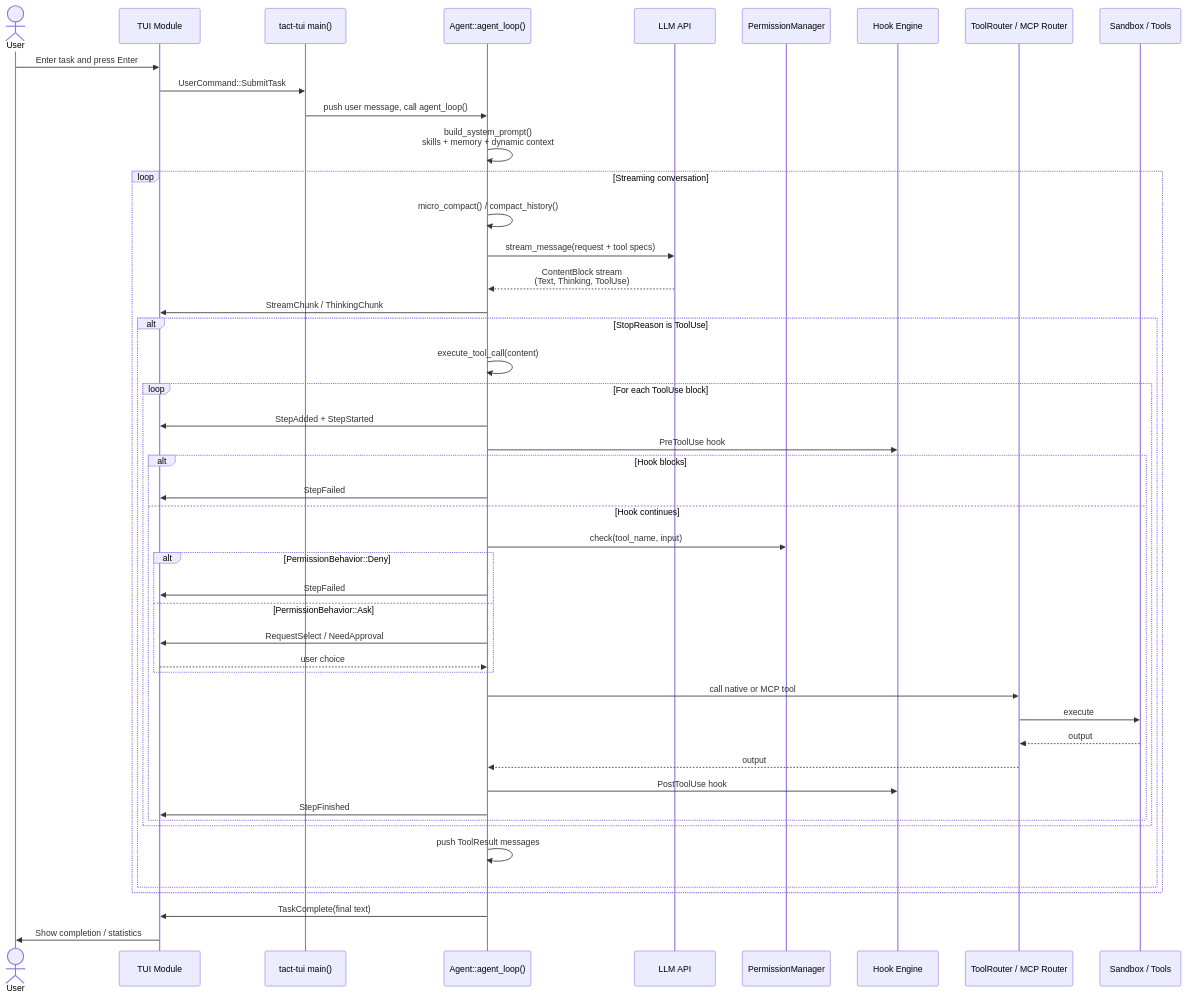
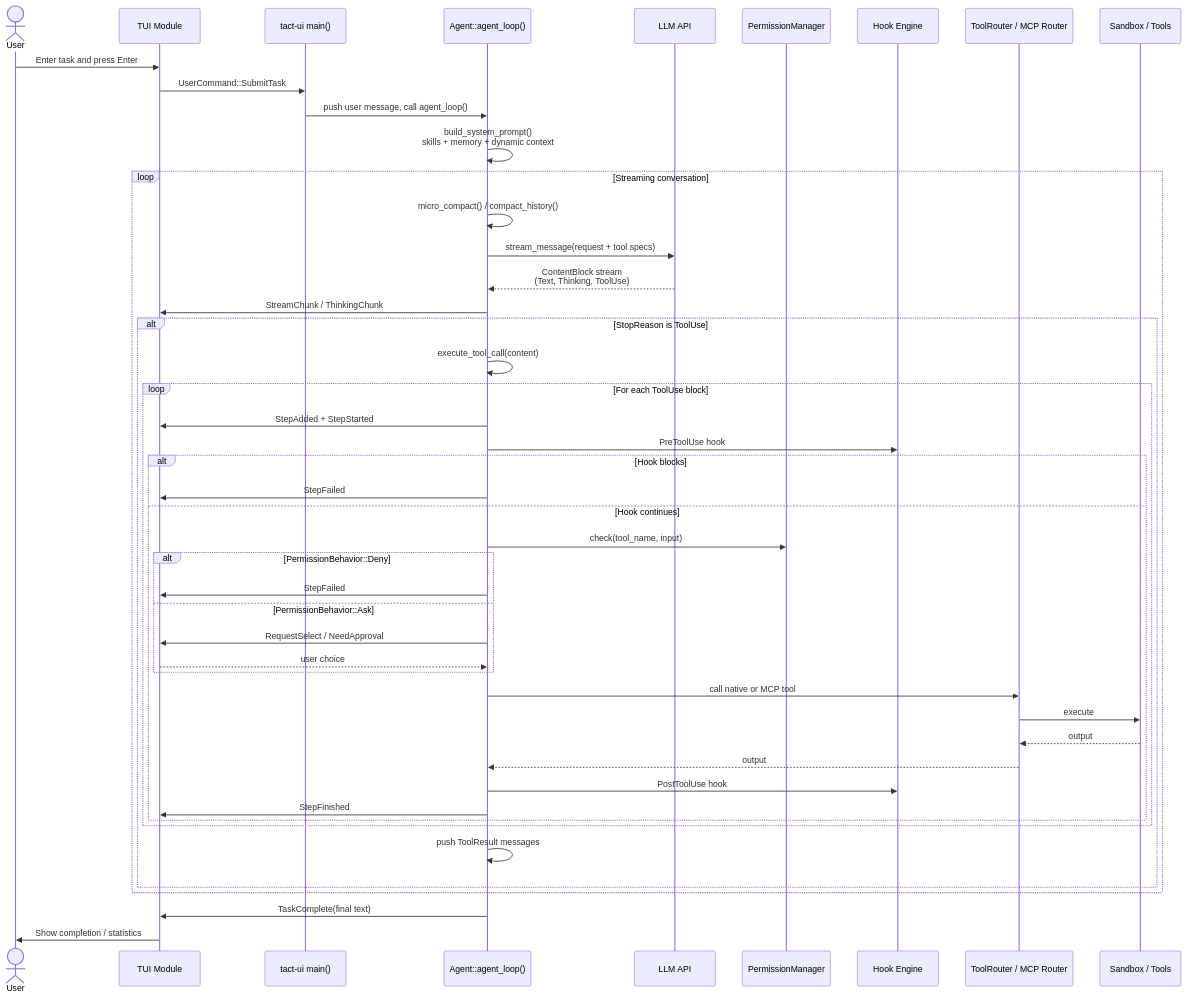
One commit to rust-infra/tact changed the third of 10 diagrams in ARCHITECTURE.md. Above: the diagram before and after it, drawn with Mermaid. The commit also changed other lines of this file and 40 other files, not shown here.

````diff
--- a/ARCHITECTURE.md
+++ b/ARCHITECTURE.md
@@ -158,53 +156,53 @@
 ```mermaid
 sequenceDiagram
     actor U as User
     participant TUI as TUI Module
-    participant Main as tact-tui main()
+    participant Main as tact-ui main()
     participant Agent as Agent::agent_loop()
     participant LLM as LLM API
     participant Perm as PermissionManager
     participant Hook as Hook Engine
     participant TR as ToolRouter / MCP Router
     participant SB as Sandbox / Tools
 
     U ->> TUI: Enter task and press Enter
     TUI ->> Main: UserCommand::SubmitTask
     Main ->> Agent: push user message, call agent_loop()
     Agent ->> Agent: build_system_prompt()<br/>skills + memory + dynamic context
 
     loop Streaming conversation
         Agent ->> Agent: micro_compact() / compact_history()
         Agent ->> LLM: stream_message(request + tool specs)
         LLM -->> Agent: ContentBlock stream<br/>(Text, Thinking, ToolUse)
         Agent ->> TUI: StreamChunk / ThinkingChunk
 
         alt StopReason is ToolUse
             Agent ->> Agent: execute_tool_call(content)
             loop For each ToolUse block
                 Agent ->> TUI: StepAdded + StepStarted
                 Agent ->> Hook: PreToolUse hook
                 alt Hook blocks
                     Agent ->> TUI: StepFailed
                 else Hook continues
                     Agent ->> Perm: check(tool_name, input)
                     alt PermissionBehavior::Deny
                         Agent ->> TUI: StepFailed
                     else PermissionBehavior::Ask
                         Agent ->> TUI: RequestSelect / NeedApproval
                         TUI -->> Agent: user choice
                     end
                     Agent ->> TR: call native or MCP tool
                     TR ->> SB: execute
                     SB -->> TR: output
                     TR -->> Agent: output
                     Agent ->> Hook: PostToolUse hook
                     Agent ->> TUI: StepFinished
                 end
             end
             Agent ->> Agent: push ToolResult messages
         end
     end
 
     Agent ->> TUI: TaskComplete(final text)
     TUI ->> U: Show completion / statistics
 ```
````
